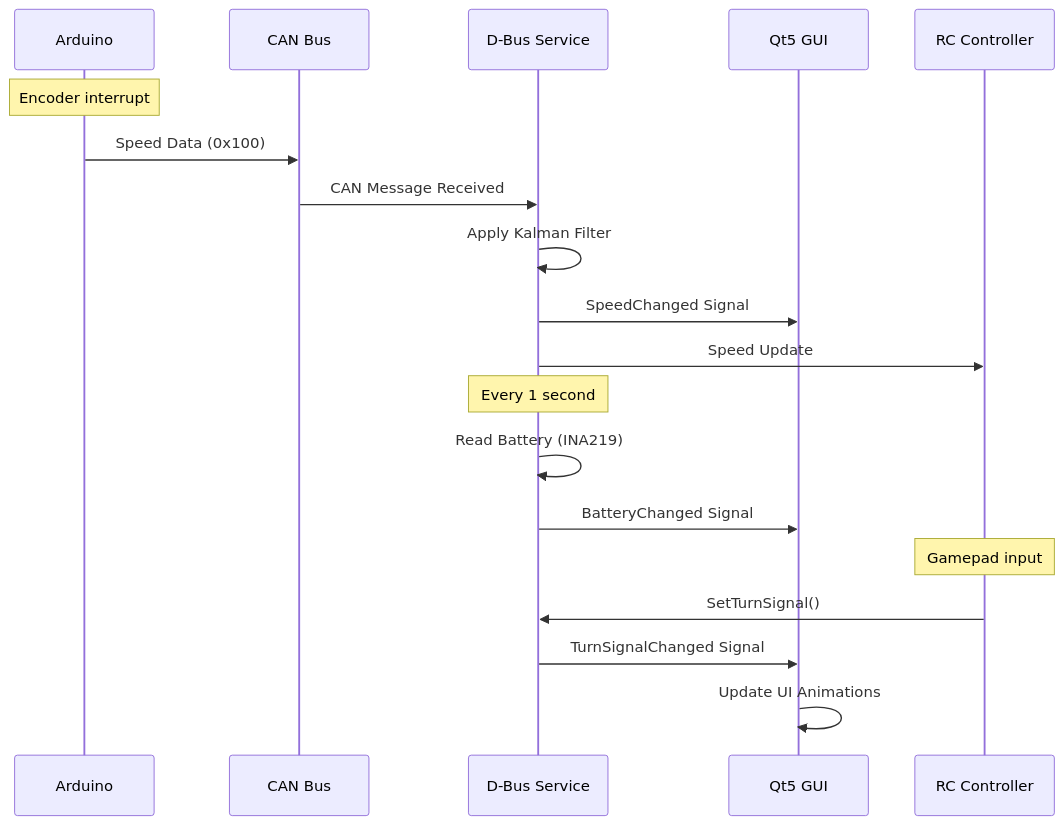
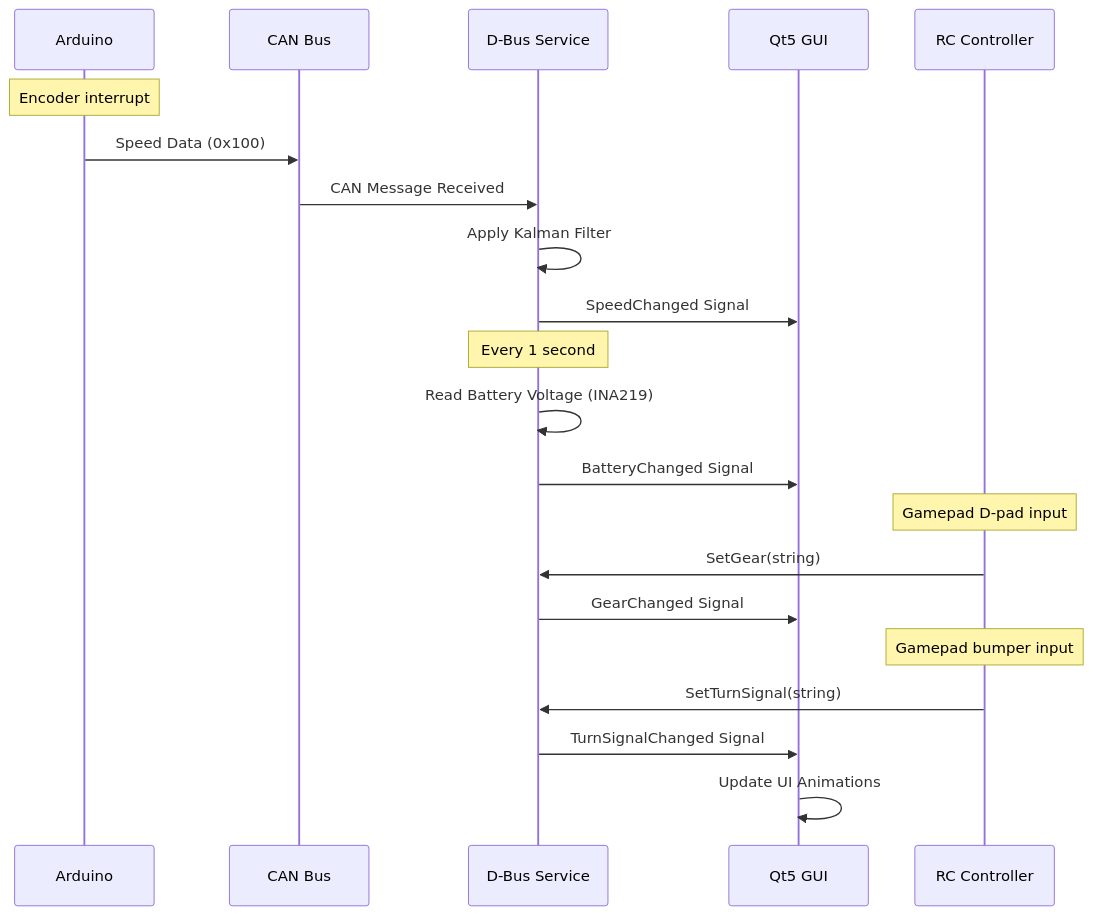
Before and after one commit to saicharansathyam/Instrument-Cluster: the sixth of 8 diagrams in README.md, drawn with Mermaid. The commit also changed other lines of this file, not shown here.

````diff
--- a/README.md
+++ b/README.md
@@ -151,27 +163,30 @@
 ```mermaid
 sequenceDiagram
     participant A as Arduino
     participant C as CAN Bus
     participant D as D-Bus Service
     participant G as Qt5 GUI
     participant R as RC Controller
     
     Note over A: Encoder interrupt
     A->>C: Speed Data (0x100)
     
     C->>D: CAN Message Received
     D->>D: Apply Kalman Filter
     
     D->>G: SpeedChanged Signal
-    D->>R: Speed Update
     
     Note over D: Every 1 second
-    D->>D: Read Battery (INA219)
+    D->>D: Read Battery Voltage (INA219)
     D->>G: BatteryChanged Signal
     
-    Note over R: Gamepad input
-    R->>D: SetTurnSignal()
+    Note over R: Gamepad D-pad input
+    R->>D: SetGear(string)
+    D->>G: GearChanged Signal
+    
+    Note over R: Gamepad bumper input
+    R->>D: SetTurnSignal(string)
     D->>G: TurnSignalChanged Signal
     
     G->>G: Update UI Animations
 ```
````
